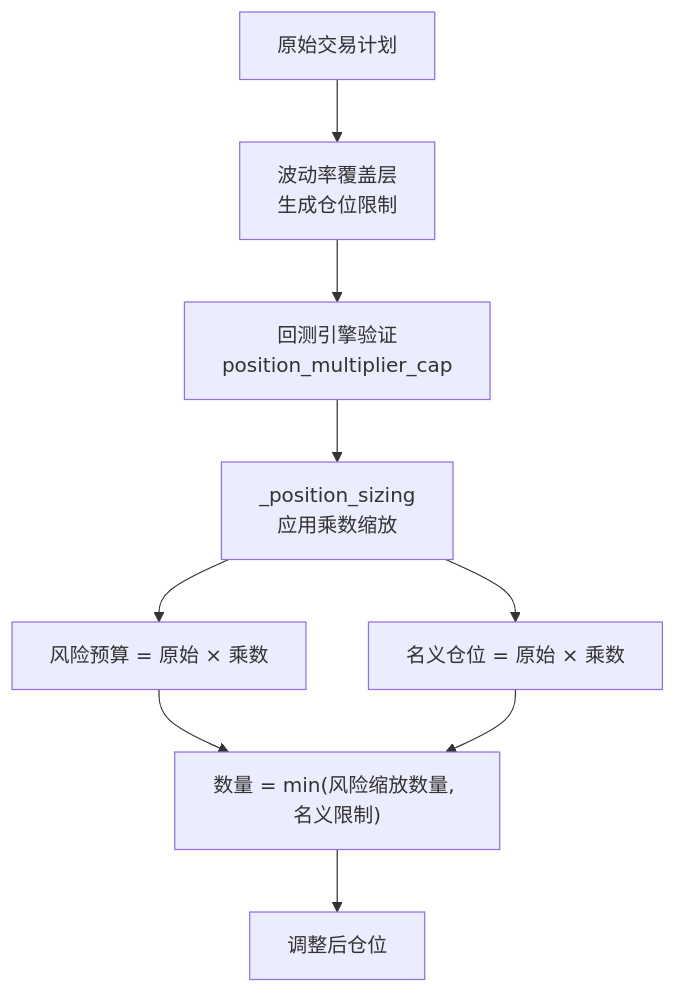
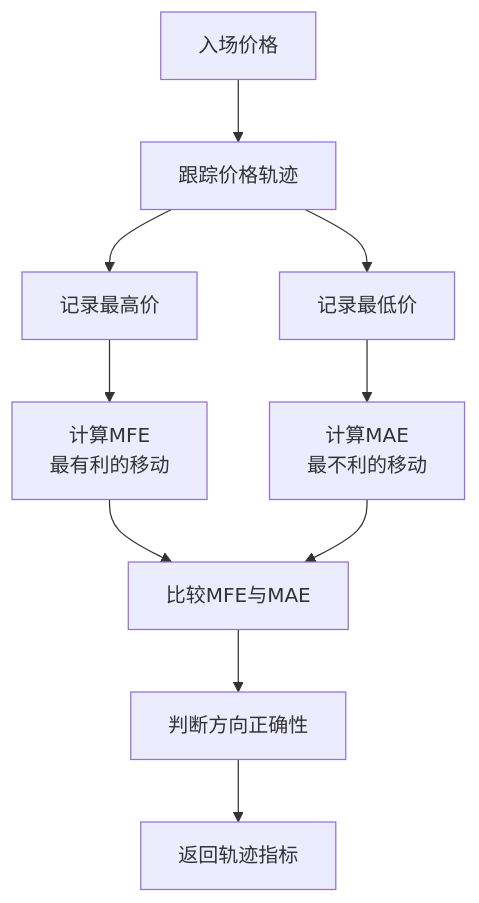
The seventh of 10 diagrams in .qoder/repowiki/zh/content/交易策略系统/回测引擎/回测引擎.md (anYaoooo/daily_stock_analysis), drawn with Mermaid before and after one commit. The commit also changed other lines of this file and 140 other files, not shown here.

````diff
--- a/.qoder/repowiki/zh/content/交易策略系统/回测引擎/回测引擎.md
+++ b/.qoder/repowiki/zh/content/交易策略系统/回测引擎/回测引擎.md
@@ -308,11 +360,12 @@
 ```mermaid
 flowchart TD
-Plan["原始交易计划"] --> Overlay["波动率覆盖层<br/>生成仓位限制"]
-Overlay --> Validation["回测引擎验证<br/>position_multiplier_cap"]
-Validation --> Sizing["_position_sizing<br/>应用乘数缩放"]
-Sizing --> RiskBudget["风险预算 = 原始 × 乘数"]
-Sizing --> Notional["名义仓位 = 原始 × 乘数"]
-RiskBudget --> Quantity["数量 = min(风险缩放数量, 名义限制)"]
-Notional --> Quantity
-Quantity --> Result["调整后仓位"]
+Entry["入场价格"] --> Track["跟踪价格轨迹"]
+Track --> Highs["记录最高价"]
+Track --> Lows["记录最低价"]
+Highs --> MFE["计算MFE<br/>最有利的移动"]
+Lows --> MAE["计算MAE<br/>最不利的移动"]
+MFE --> Compare["比较MFE与MAE"]
+MAE --> Compare
+Compare --> Direction["判断方向正确性"]
+Direction --> Result["返回轨迹指标"]
 ```
````
